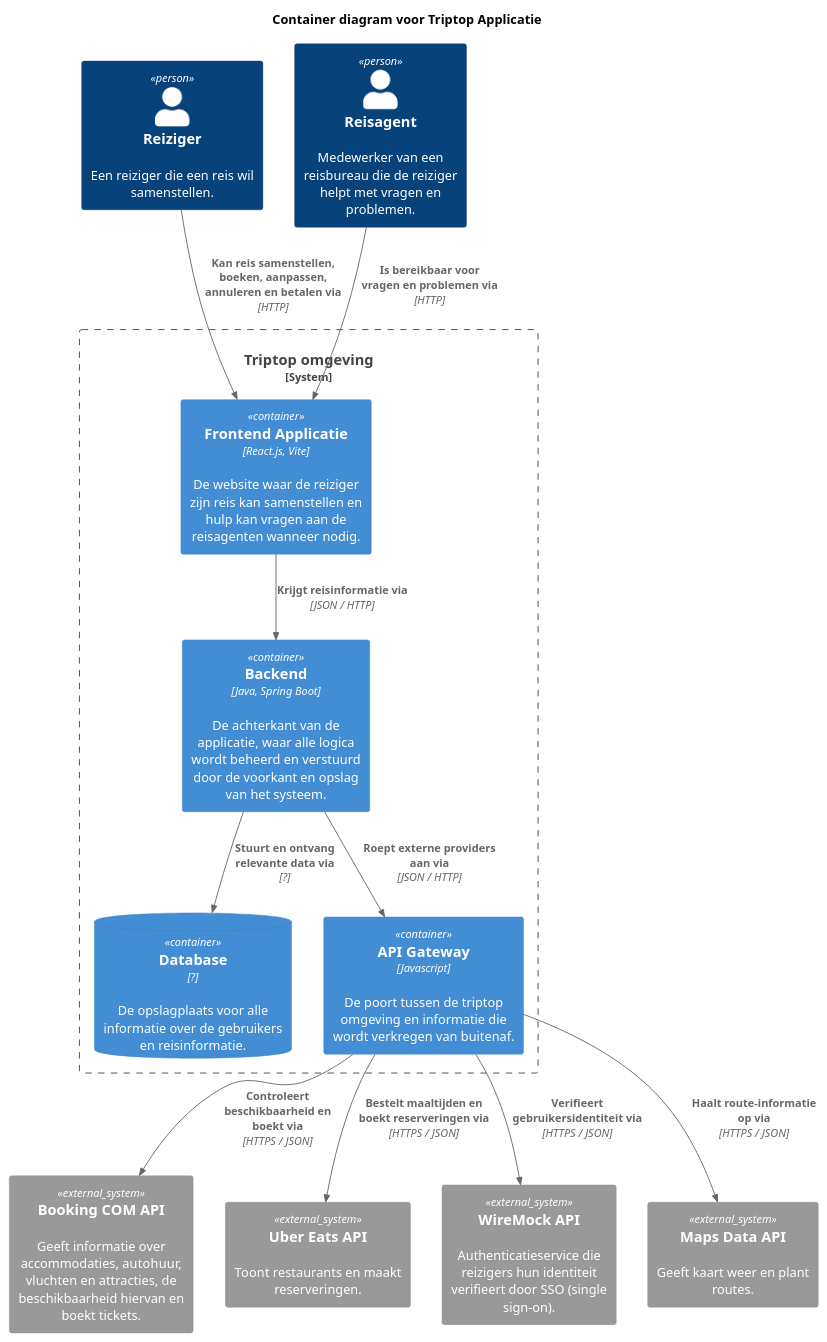
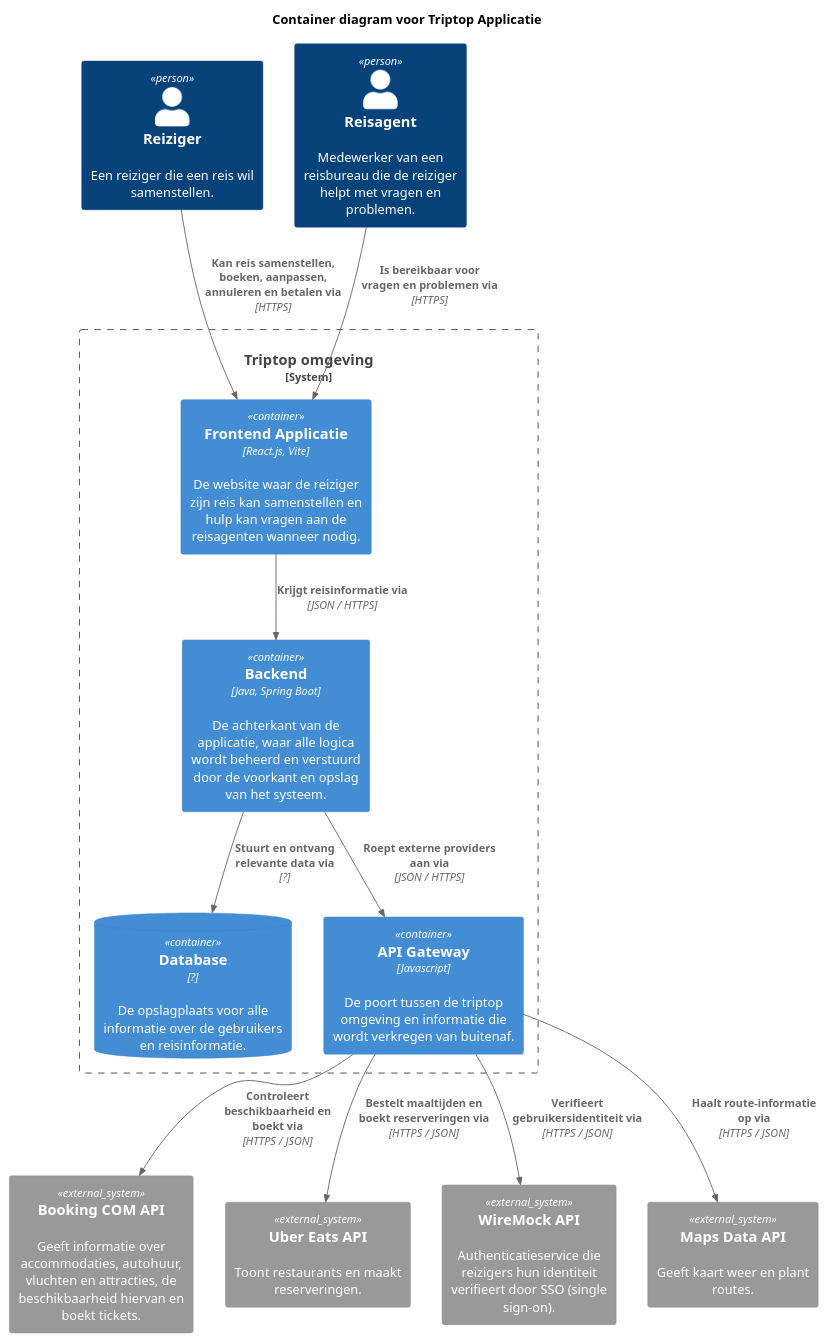
Before and after one commit to AIM-ENE-feb25/triptop-beca: the diagram in opdracht-diagrammen/Container diagrammen/container-diagram-team/final-container-diagram.puml, drawn with PlantUML. The commit also changed 3 other files, not shown here.

Commit message:
Dynamische diagrammen gemaakt

```diff
--- a/opdracht-diagrammen/Container diagrammen/container-diagram-team/final-container-diagram.puml
+++ b/opdracht-diagrammen/Container diagrammen/container-diagram-team/final-container-diagram.puml
@@ -1,36 +1,36 @@
 @startuml
 
 !include https://raw.githubusercontent.com/plantuml-stdlib/C4-PlantUML/master/C4_Container.puml
 
 
 title Container diagram voor Triptop Applicatie
 
 Person(reiziger, Reiziger, "Een reiziger die een reis wil samenstellen.")
 Person(reis_agent, Reisagent, "Medewerker van een reisbureau die de reiziger helpt met vragen en problemen.")
 
 System_Boundary(c1, "Triptop omgeving") {
     Container(frontend, "Frontend Applicatie", "React.js, Vite", "De website waar de reiziger zijn reis kan samenstellen en hulp kan vragen aan de reisagenten wanneer nodig.")
     Container(backend, "Backend", "Java, Spring Boot", "De achterkant van de applicatie, waar alle logica wordt beheerd en verstuurd door de voorkant en opslag van het systeem.")
     ContainerDb(database, "Database", "?", "De opslagplaats voor alle informatie over de gebruikers en reisinformatie.")
     Container(api_gateway, "API Gateway", "Javascript", "De poort tussen de triptop omgeving en informatie die wordt verkregen van buitenaf.")
 }
 
 System_Ext(overnachting_vervoer, "Booking COM API", "Geeft informatie over accommodaties, autohuur, vluchten en attracties, de beschikbaarheid hiervan en boekt tickets.")
 System_Ext(eten, "Uber Eats API", "Toont restaurants en maakt reserveringen.")
 System_Ext(identiteit, "WireMock API", "Authenticatieservice die reizigers hun identiteit verifieert door SSO (single sign-on).")
 System_Ext(maps, "Maps Data API", "Geeft kaart weer en plant routes.")
 
-Rel(reiziger, frontend, "Kan reis samenstellen, boeken, aanpassen, annuleren en betalen via", "HTTP")
-Rel(reis_agent, frontend, "Is bereikbaar voor vragen en problemen via", "HTTP")
+Rel(reiziger, frontend, "Kan reis samenstellen, boeken, aanpassen, annuleren en betalen via", "HTTPS")
+Rel(reis_agent, frontend, "Is bereikbaar voor vragen en problemen via", "HTTPS")
 
-Rel(frontend, backend, "Krijgt reisinformatie via", "JSON / HTTP")
+Rel(frontend, backend, "Krijgt reisinformatie via", "JSON / HTTPS")
 Rel(backend, database, "Stuurt en ontvang relevante data via", "?")
-Rel(backend, api_gateway, "Roept externe providers aan via", "JSON / HTTP")
+Rel(backend, api_gateway, "Roept externe providers aan via", "JSON / HTTPS")
 
 Rel(api_gateway, overnachting_vervoer, "Controleert beschikbaarheid en boekt via", "HTTPS / JSON")
 Rel(api_gateway, eten, "Bestelt maaltijden en boekt reserveringen via", "HTTPS / JSON")
 Rel(api_gateway, identiteit, "Verifieert gebruikersidentiteit via", "HTTPS / JSON")
 Rel(api_gateway, maps, "Haalt route-informatie op via", "HTTPS / JSON")
 
 
 @enduml
```
